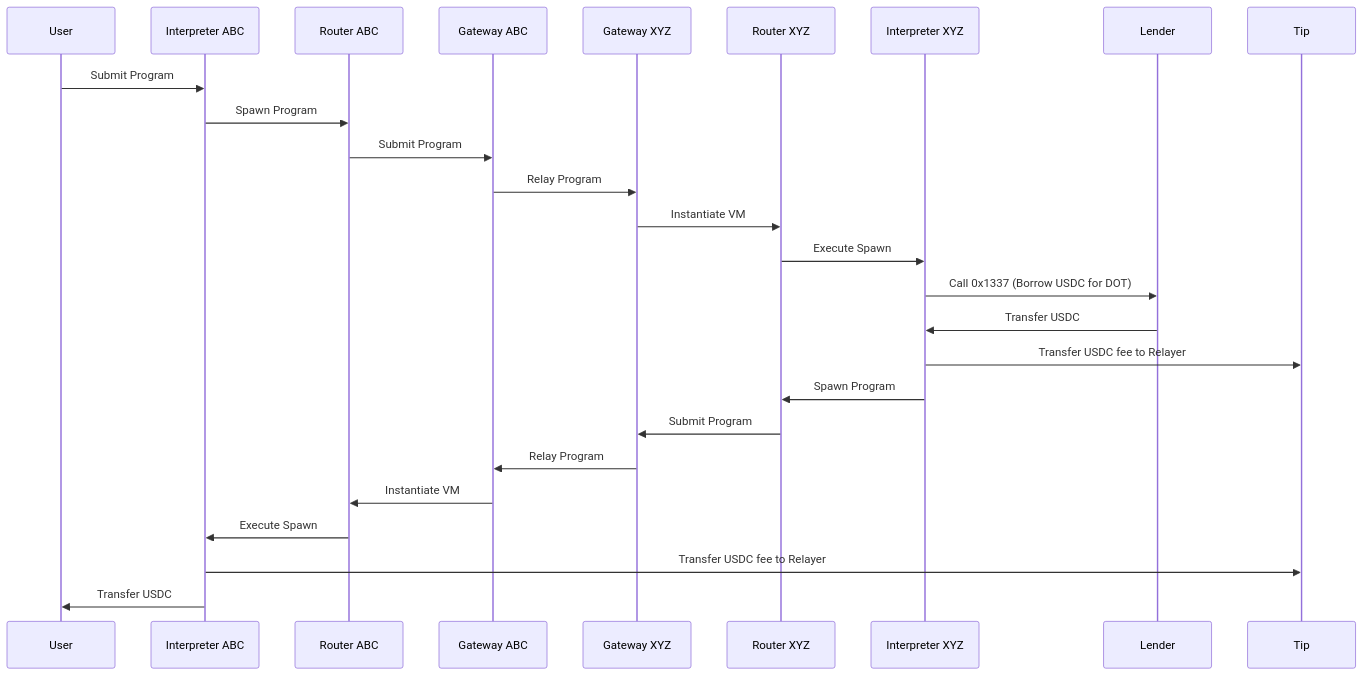
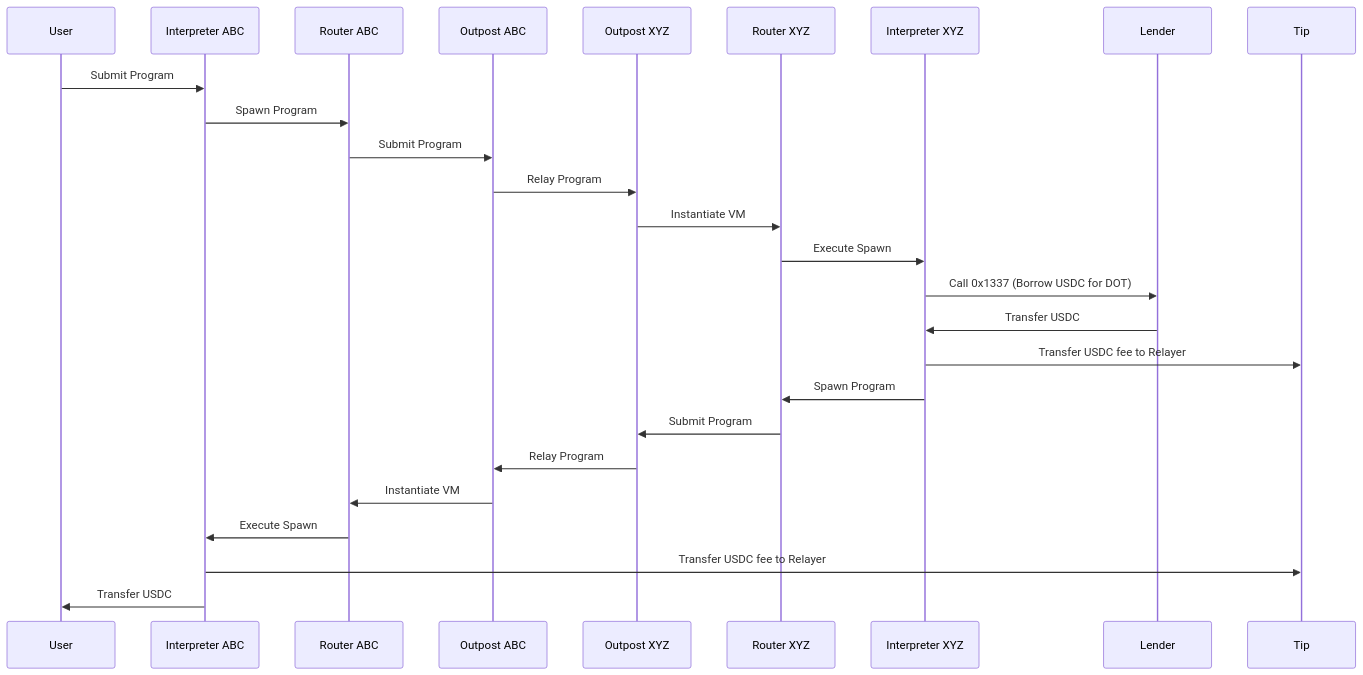
One commit to ComposableFi/composable changed the fifth of 5 diagrams in docs/docs/technology/cvm/specification.md. Above: the diagram before and after it, drawn with Mermaid. The commit also changed other lines of this file and 21 other files, not shown here.

````diff
--- a/docs/docs/technology/cvm/specification.md
+++ b/docs/docs/technology/cvm/specification.md
@@ -761,19 +761,19 @@
 ```mermaid
 sequenceDiagram
     User->>Interpreter ABC: Submit Program
     Interpreter ABC->>Router ABC: Spawn Program
-    Router ABC->>Gateway ABC: Submit Program
-    Gateway ABC->>Gateway XYZ: Relay Program
-    Gateway XYZ->>Router XYZ: Instantiate VM
+    Router ABC->>Outpost ABC: Submit Program
+    Outpost ABC->>Outpost XYZ: Relay Program
+    Outpost XYZ->>Router XYZ: Instantiate VM
     Router XYZ->>Interpreter XYZ: Execute Spawn
     Interpreter XYZ->>Lender: Call 0x1337 (Borrow USDC for DOT)
     Lender->>Interpreter XYZ: Transfer USDC
     Interpreter XYZ->>Tip: Transfer USDC fee to Relayer
     Interpreter XYZ->>Router XYZ: Spawn Program
-    Router XYZ->>Gateway XYZ: Submit Program
-    Gateway XYZ->>Gateway ABC: Relay Program
-    Gateway ABC->>Router ABC: Instantiate VM
+    Router XYZ->>Outpost XYZ: Submit Program
+    Outpost XYZ->>Outpost ABC: Relay Program
+    Outpost ABC->>Router ABC: Instantiate VM
     Router ABC->>Interpreter ABC: Execute Spawn
     Interpreter ABC->>Tip: Transfer USDC fee to Relayer
     Interpreter ABC->>User: Transfer USDC
 ```
````
